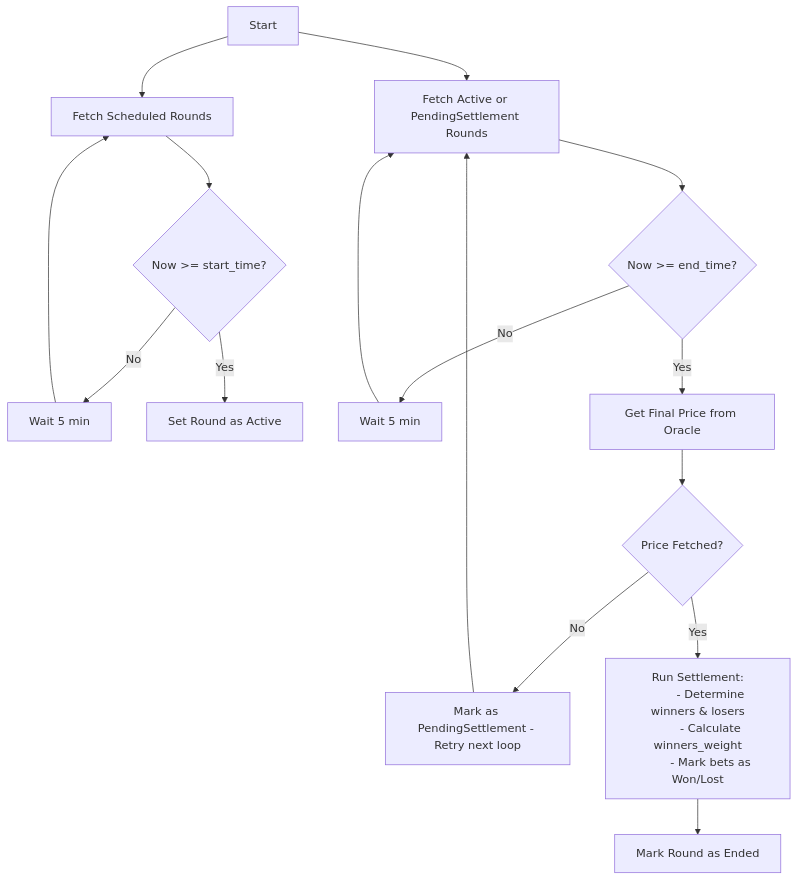
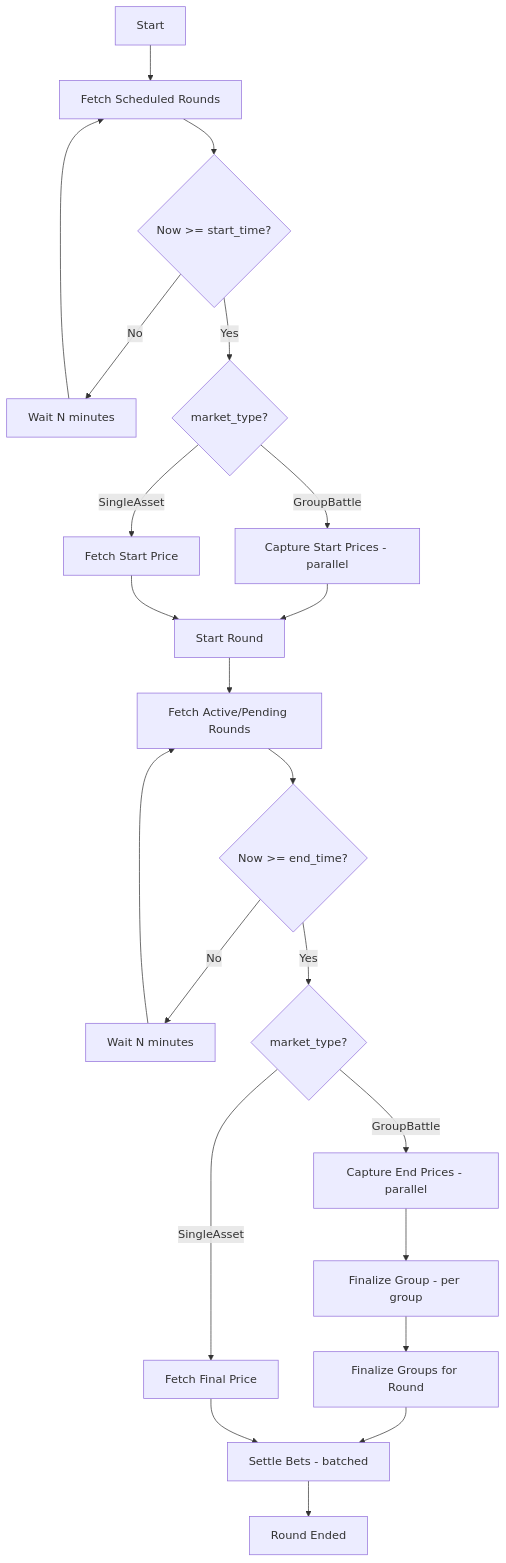
One commit to muhammad-akbrrr/gold-rush-smartcontract changed the fourth of 7 diagrams in README.md. Above: the diagram before and after it, drawn with Mermaid. The commit also changed other lines of this file, not shown here.

Commit message:
feat(readme): group stocks batter game

````diff
--- a/README.md
+++ b/README.md
@@ -209,22 +219,18 @@
 ```mermaid
 flowchart TD
     A[Start] --> B[Fetch Scheduled Rounds]
     B --> C{Now >= start_time?}
-    C -- No --> B1[Wait 5 min] --> B
-    C -- Yes --> D[Set Round as Active]
-
-    %% Loop settlement check
-    A --> E[Fetch Active or PendingSettlement Rounds]
-    E --> F{Now >= end_time?}
-    F -- No --> E1[Wait 5 min] --> E
-    F -- Yes --> G[Get Final Price from Oracle]
-
-    G --> H{Price Fetched?}
-    H -- No --> I[Mark as PendingSettlement - Retry next loop] --> E
-    H -- Yes --> J[Run Settlement:
-        - Determine winners & losers
-        - Calculate winners_weight
-        - Mark bets as Won/Lost]
-
-    J --> K[Mark Round as Ended]
+    C -- No --> B1[Wait N minutes] --> B
+    C -- Yes --> D{market_type?}
+    D -- GroupBattle --> E1[Capture Start Prices - parallel]
+    E1 --> F1[Start Round]
+    D -- SingleAsset --> E2[Fetch Start Price]
+    E2 --> F1
+    F1 --> G[Fetch Active/Pending Rounds]
+    G --> H{Now >= end_time?}
+    H -- No --> G1[Wait N minutes] --> G
+    H -- Yes --> I{market_type?}
+    I -- GroupBattle --> J1[Capture End Prices - parallel] --> K1[Finalize Group - per group] --> L1[Finalize Groups for Round] --> M1[Settle Bets - batched]
+    I -- SingleAsset --> J2[Fetch Final Price] --> M1
+    M1 --> N[Round Ended]
 ```
````
